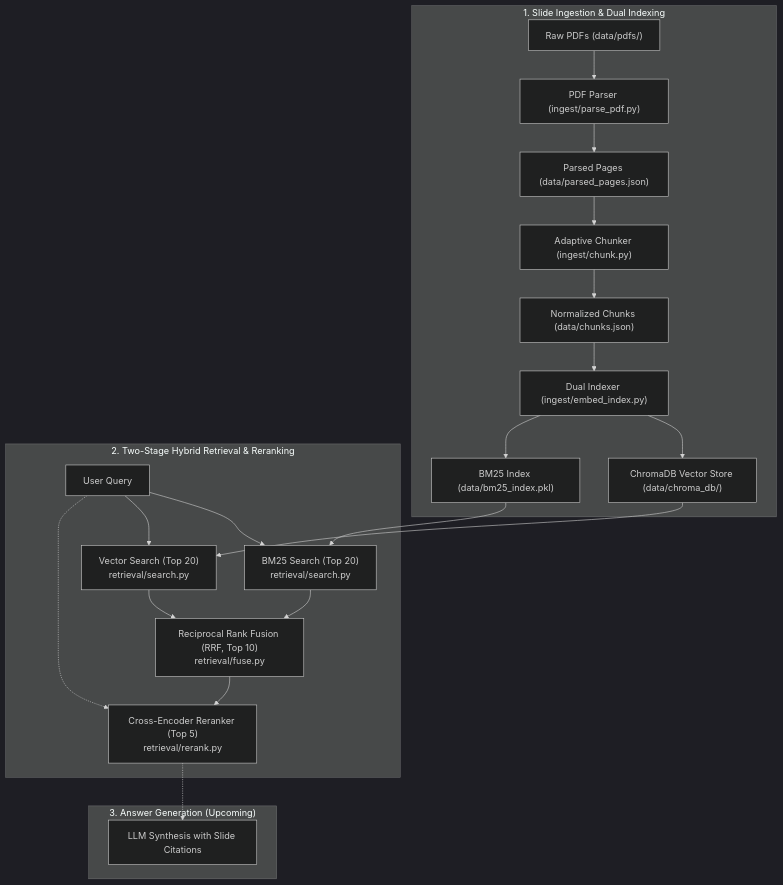
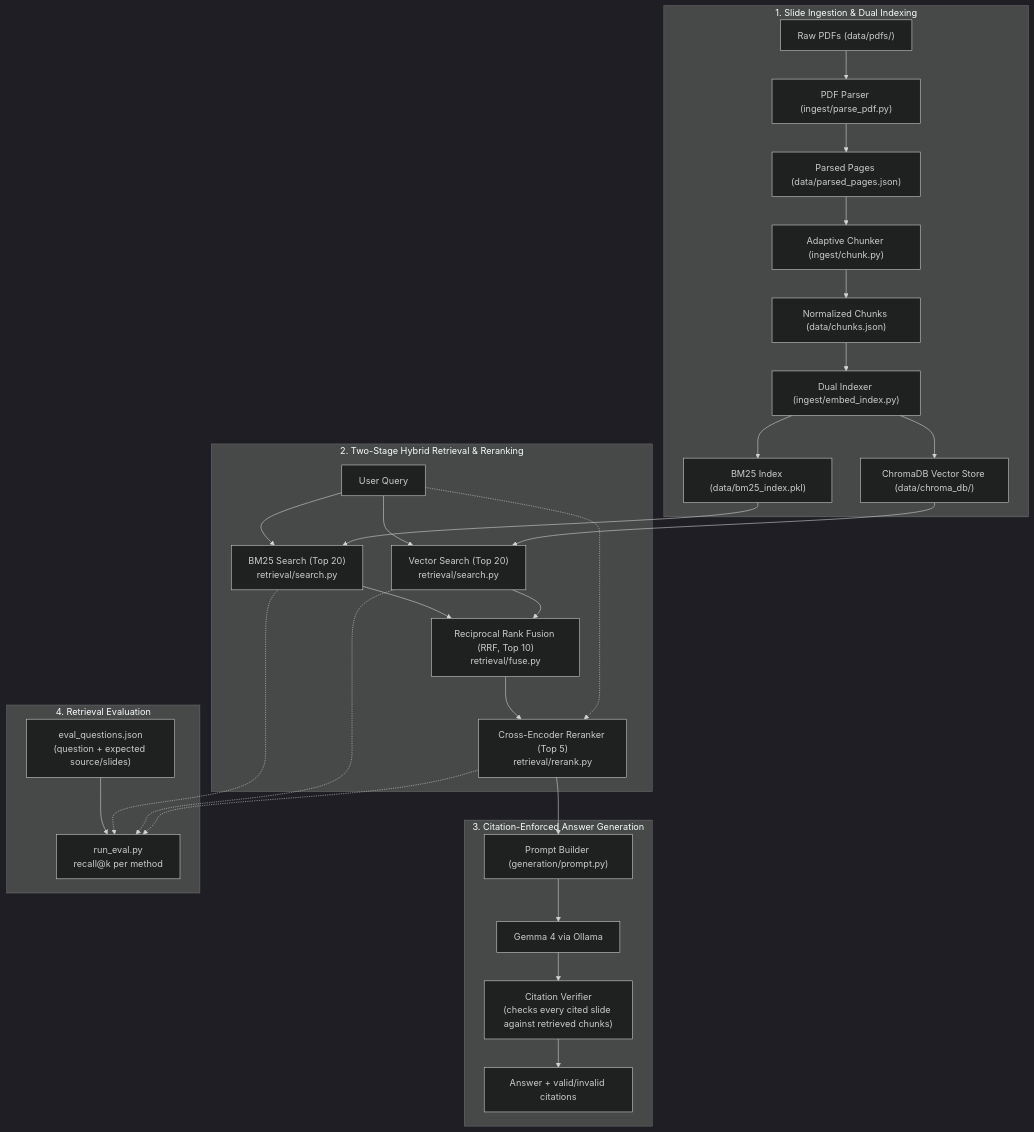
Before and after one commit to Niyaz05/RAG-with-Hybrid-Search: the diagram in README.md, drawn with Mermaid (dark theme). The commit also changed other lines of this file, not shown here.

````diff
--- a/README.md
+++ b/README.md
@@ -11,27 +11,37 @@
 ```mermaid
 flowchart TD
     subgraph Ingestion ["1. Slide Ingestion & Dual Indexing"]
         A["Raw PDFs (data/pdfs/)"] --> B["PDF Parser (ingest/parse_pdf.py)"]
         B --> C["Parsed Pages (data/parsed_pages.json)"]
         C --> D["Adaptive Chunker (ingest/chunk.py)"]
         D --> E["Normalized Chunks (data/chunks.json)"]
         E --> F["Dual Indexer (ingest/embed_index.py)"]
         F --> G["ChromaDB Vector Store (data/chroma_db/)"]
         F --> H["BM25 Index (data/bm25_index.pkl)"]
     end
 
     subgraph Retrieval ["2. Two-Stage Hybrid Retrieval & Reranking"]
         Q["User Query"] --> S1["BM25 Search (Top 20)<br/>retrieval/search.py"]
         Q --> S2["Vector Search (Top 20)<br/>retrieval/search.py"]
         H --> S1
         G --> S2
         S1 --> RRF["Reciprocal Rank Fusion (RRF, Top 10)<br/>retrieval/fuse.py"]
         S2 --> RRF
         RRF --> CE["Cross-Encoder Reranker (Top 5)<br/>retrieval/rerank.py"]
         Q -.-> CE
     end
 
-    subgraph Generation ["3. Answer Generation (Upcoming)"]
-        CE -.-> LLM["LLM Synthesis with Slide Citations"]
+    subgraph Generation ["3. Citation-Enforced Answer Generation"]
+        CE --> PR["Prompt Builder (generation/prompt.py)"]
+        PR --> LLM["Gemma 4 via Ollama"]
+        LLM --> VER["Citation Verifier<br/>(checks every cited slide against retrieved chunks)"]
+        VER --> ANS["Answer + valid/invalid citations"]
+    end
+
+    subgraph Evaluation ["4. Retrieval Evaluation"]
+        EQ["eval_questions.json<br/>(question + expected source/slides)"] --> EV["run_eval.py<br/>recall@k per method"]
+        S1 -.-> EV
+        S2 -.-> EV
+        CE -.-> EV
     end
 ```
````
